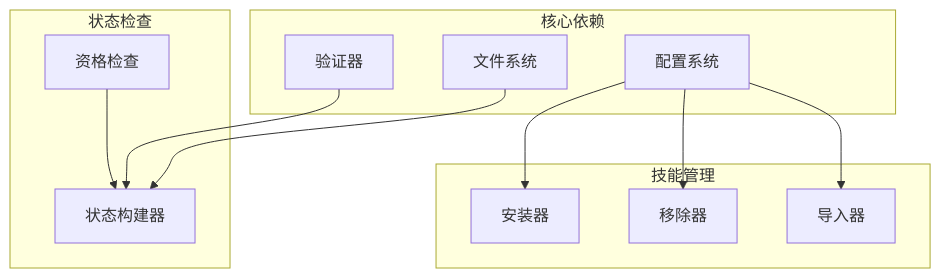
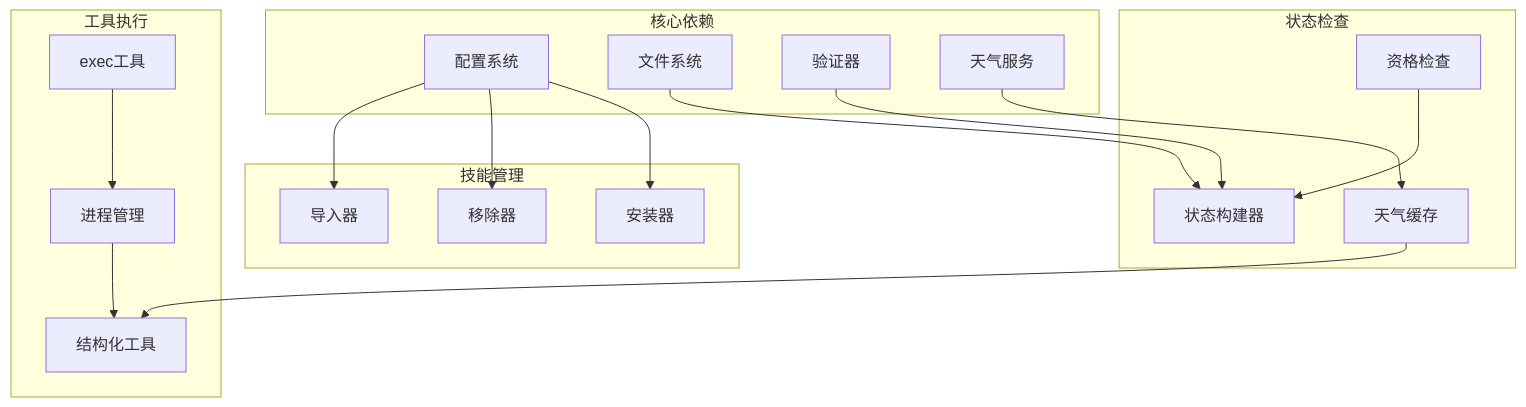
One commit to verse-ai-org/openclaw changed the eighth of 9 diagrams in .qoder/repowiki/zh/content/代理管理系统/技能配置系统增强.md. Above: the diagram before and after it, drawn with Mermaid. The commit also changed other lines of this file and 39 other files, not shown here.

````diff
--- a/.qoder/repowiki/zh/content/代理管理系统/技能配置系统增强.md
+++ b/.qoder/repowiki/zh/content/代理管理系统/技能配置系统增强.md
@@ -308,23 +556,34 @@
 ```mermaid
 graph TB
 subgraph "核心依赖"
 Config[配置系统]
 FileSystem[文件系统]
 Validation[验证器]
+WeatherService[天气服务]
 end
 subgraph "技能管理"
 Install[安装器]
 Remove[移除器]
 Import[导入器]
 end
 subgraph "状态检查"
 Status[状态构建器]
 Eligibility[资格检查]
+WeatherCache[天气缓存]
+end
+subgraph "工具执行"
+Structured[结构化工具]
+Exec[exec工具]
+Process[进程管理]
 end
 Config --> Install
 Config --> Remove
 Config --> Import
 FileSystem --> Status
 Validation --> Status
 Eligibility --> Status
+WeatherService --> WeatherCache
+WeatherCache --> Structured
+Exec --> Process
+Process --> Structured
 ```
````
